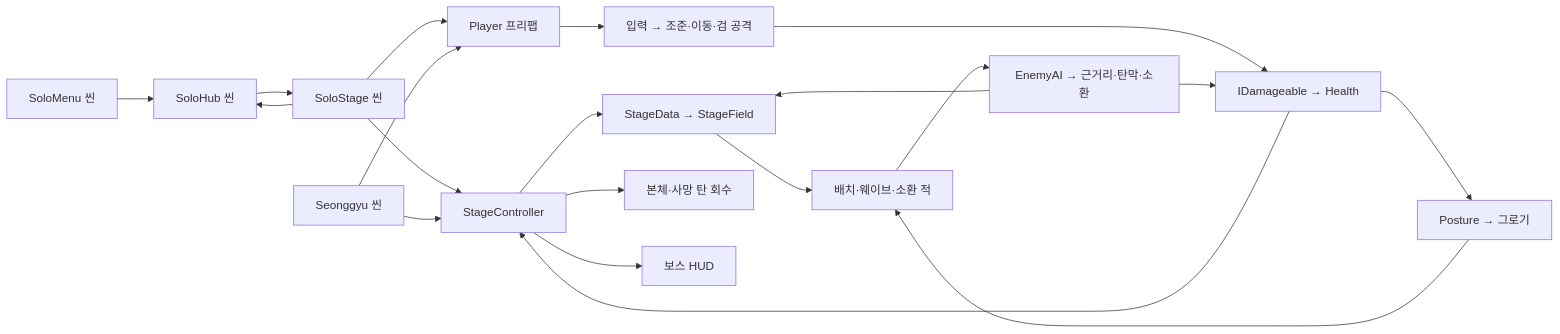
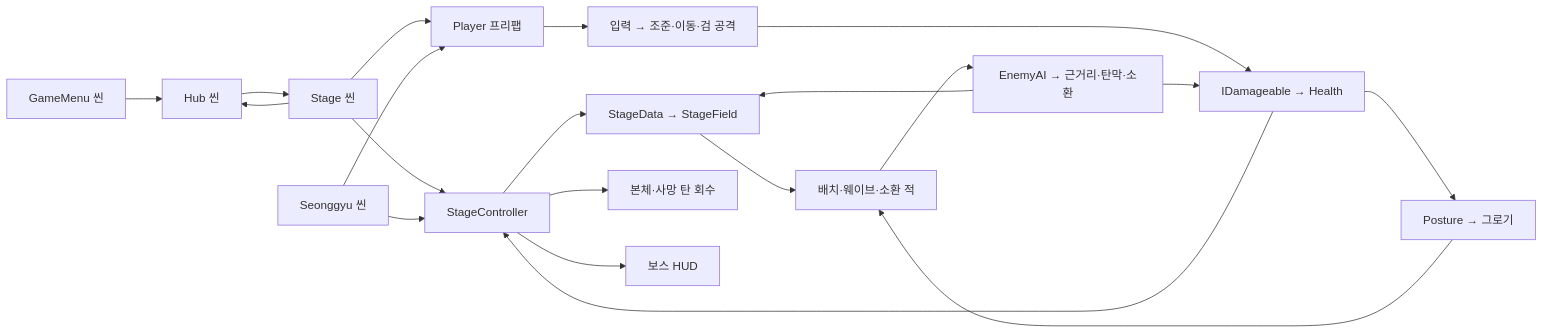
Before and after one commit to TwincleStakey/Project_Bluereaper: the diagram in docs/SYSTEM_MAP.md, drawn with Mermaid. The commit also changed other lines of this file and 43 other files, not shown here.

Commit message:
Share game flow between solo and multiplayer

````diff
--- a/docs/SYSTEM_MAP.md
+++ b/docs/SYSTEM_MAP.md
@@ -5,22 +5,22 @@
 ```mermaid
 flowchart LR
-    Menu["SoloMenu 씬"] --> Hub["SoloHub 씬"]
-    Hub --> Solo["SoloStage 씬"]
+    Menu["GameMenu 씬"] --> Hub["Hub 씬"]
+    Hub --> Solo["Stage 씬"]
     Solo --> Hub
     Solo --> Stage["StageController"]
     Solo --> Player["Player 프리팹"]
     Scene["Seonggyu 씬"] --> Stage
     Scene --> Player["Player 프리팹"]
     Stage --> Field["StageData → StageField"]
     Field --> Enemy["배치·웨이브·소환 적"]
     Player --> Attack["입력 → 조준·이동·검 공격"]
     Enemy --> Effects["EnemyAI → 근거리·탄막·소환"]
     Effects --> Field
     Attack --> Health["IDamageable → Health"]
     Effects --> Health
     Health --> Stage
     Health --> Posture["Posture → 그로기"]
     Posture --> Enemy
     Stage --> Pool["본체·사망 탄 회수"]
     Stage --> HUD["보스 HUD"]
 ```
````
